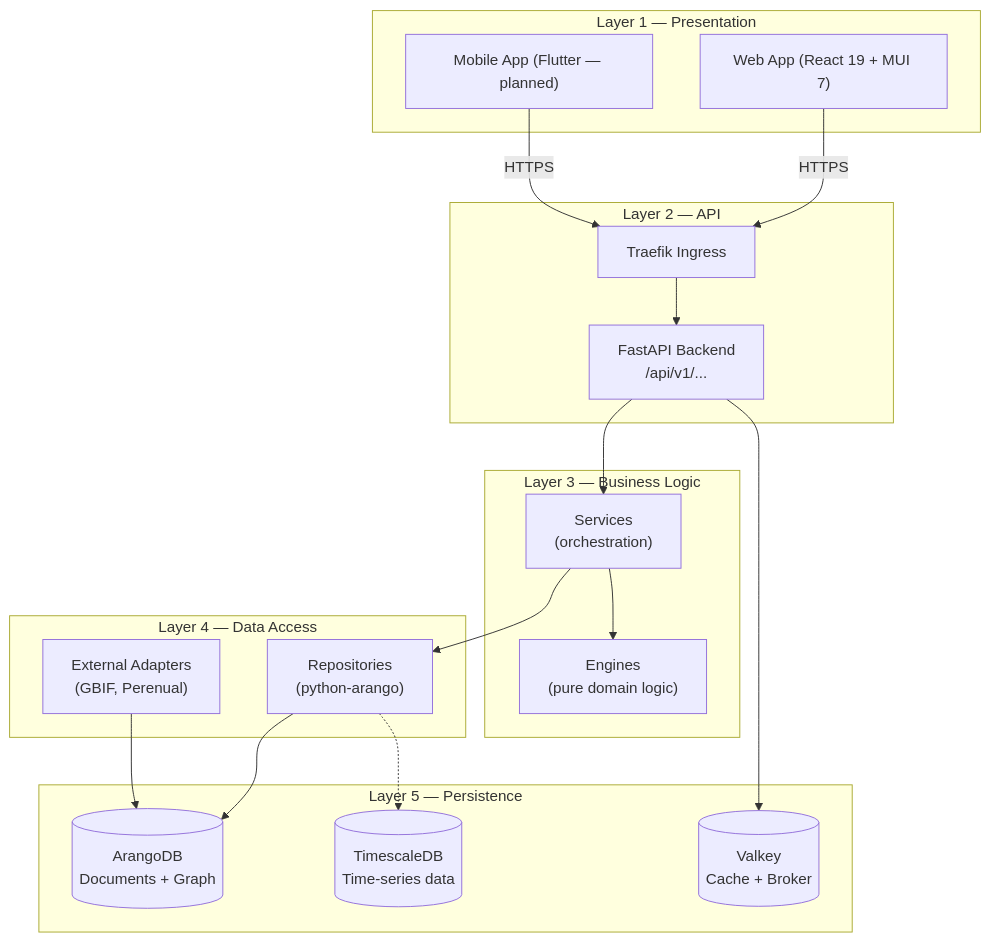
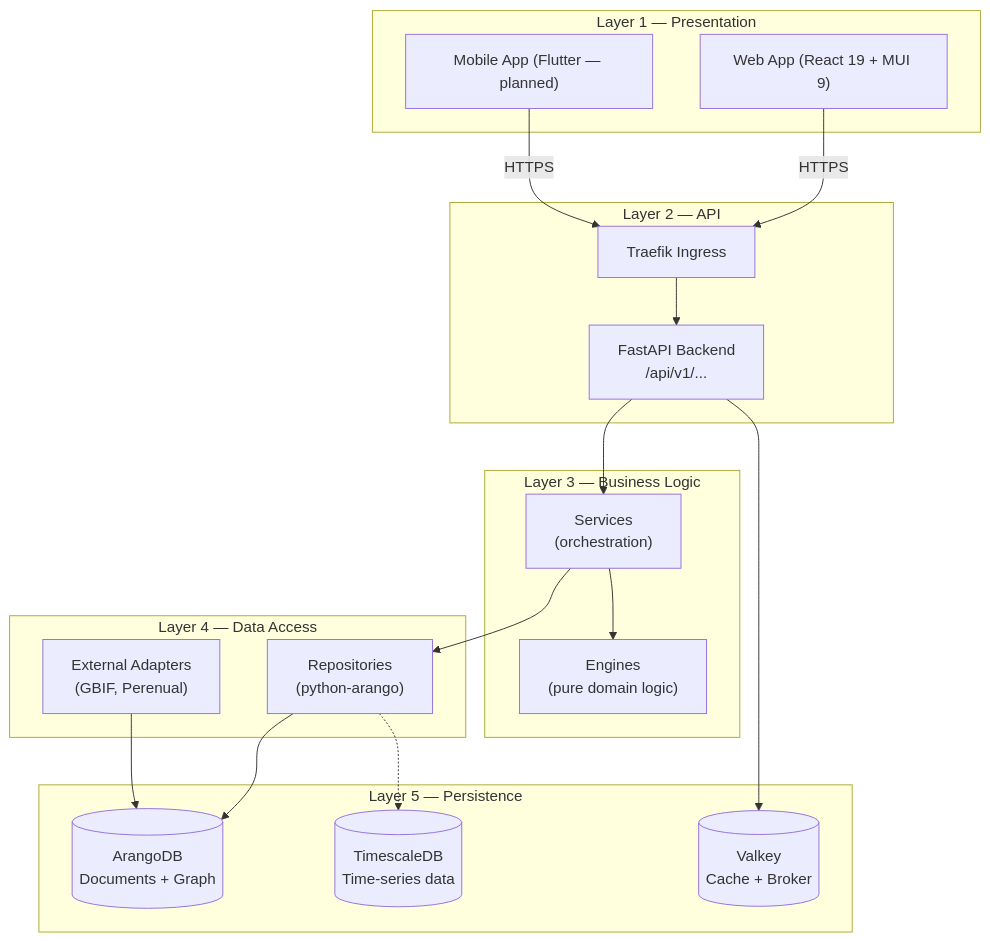
One commit to nolte/kamerplanter changed the first of 2 diagrams in docs/de/architecture/overview.md. Above: the diagram before and after it, drawn with Mermaid. The commit also changed other lines of this file and 21 other files, not shown here.

````diff
--- a/docs/de/architecture/overview.md
+++ b/docs/de/architecture/overview.md
@@ -12,39 +12,39 @@
 ```mermaid
 flowchart TB
     subgraph "Layer 1 — Presentation"
-        Web["Web App (React 19 + MUI 7)"]
+        Web["Web App (React 19 + MUI 9)"]
         Mobile["Mobile App (Flutter — planned)"]
     end
 
     subgraph "Layer 2 — API"
         GW["Traefik Ingress"]
         API["FastAPI Backend<br/>/api/v1/..."]
     end
 
     subgraph "Layer 3 — Business Logic"
         SVC["Services<br/>(orchestration)"]
         ENG["Engines<br/>(pure domain logic)"]
     end
 
     subgraph "Layer 4 — Data Access"
         REPO["Repositories<br/>(python-arango)"]
         EXT["External Adapters<br/>(GBIF, Perenual)"]
     end
 
     subgraph "Layer 5 — Persistence"
         ARANGO[("ArangoDB<br/>Documents + Graph")]
         TSDB[("TimescaleDB<br/>Time-series data")]
         VALKEY[("Valkey<br/>Cache + Broker")]
     end
 
     Web -- HTTPS --> GW
     Mobile -- HTTPS --> GW
     GW --> API
     API --> SVC
     SVC --> ENG
     SVC --> REPO
     REPO --> ARANGO
     REPO -.-> TSDB
     API --> VALKEY
     EXT --> ARANGO
 ```
````
